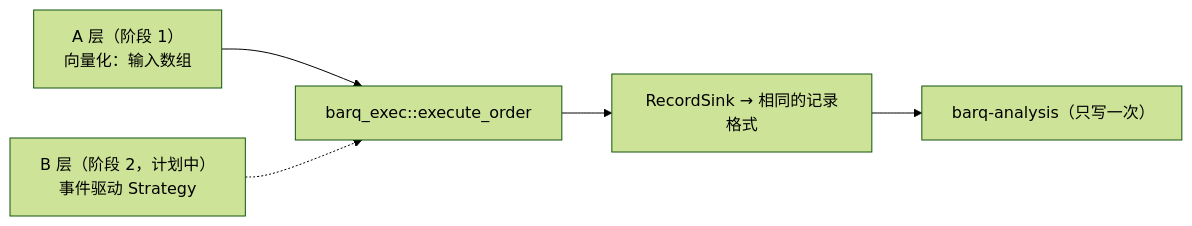
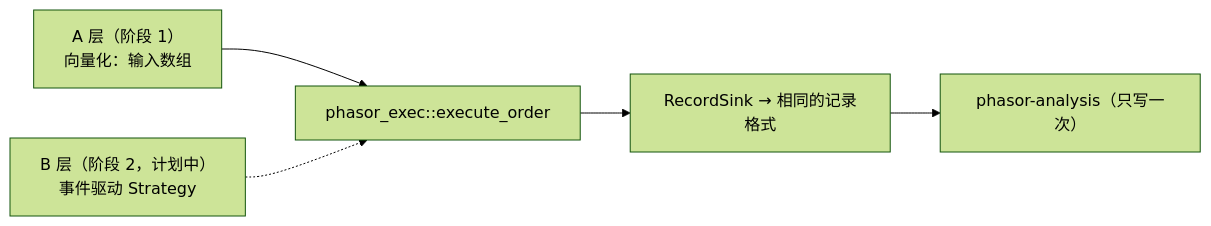
Before and after one commit to nivalume/phasor: the first of 2 diagrams in docs/ARCHITECTURE.zh-CN.md, drawn with Mermaid (forest theme). The commit also changed other lines of this file and 431 other files, not shown here.

First line of the commit message:
Rename barq to phasor across the workspace

````diff
--- a/docs/ARCHITECTURE.zh-CN.md
+++ b/docs/ARCHITECTURE.zh-CN.md
@@ -87,7 +87,7 @@
 ```mermaid
 flowchart LR
-  A["A 层（阶段 1）<br/>向量化：输入数组"] --> K["barq_exec::execute_order"]
+  A["A 层（阶段 1）<br/>向量化：输入数组"] --> K["phasor_exec::execute_order"]
   B["B 层（阶段 2，计划中）<br/>事件驱动 Strategy"] -.-> K
   K --> R["RecordSink → 相同的记录格式"]
-  R --> P["barq-analysis（只写一次）"]
+  R --> P["phasor-analysis（只写一次）"]
 ```
````
